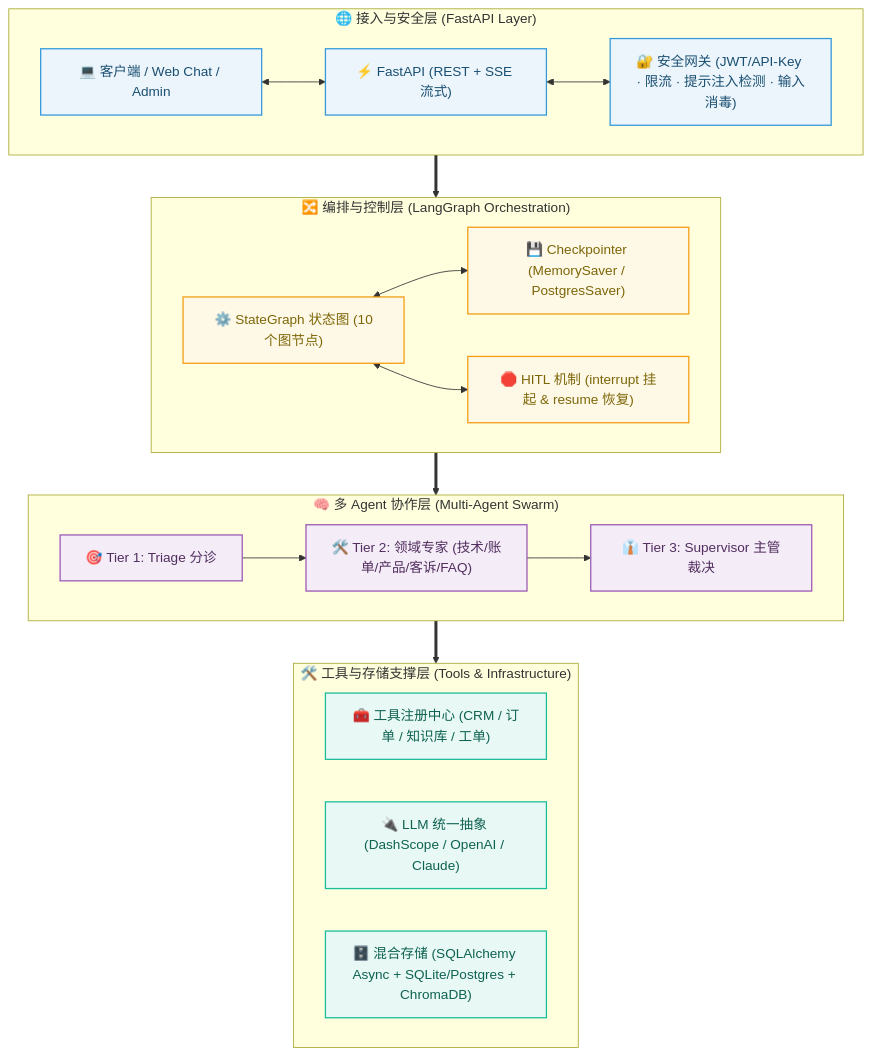
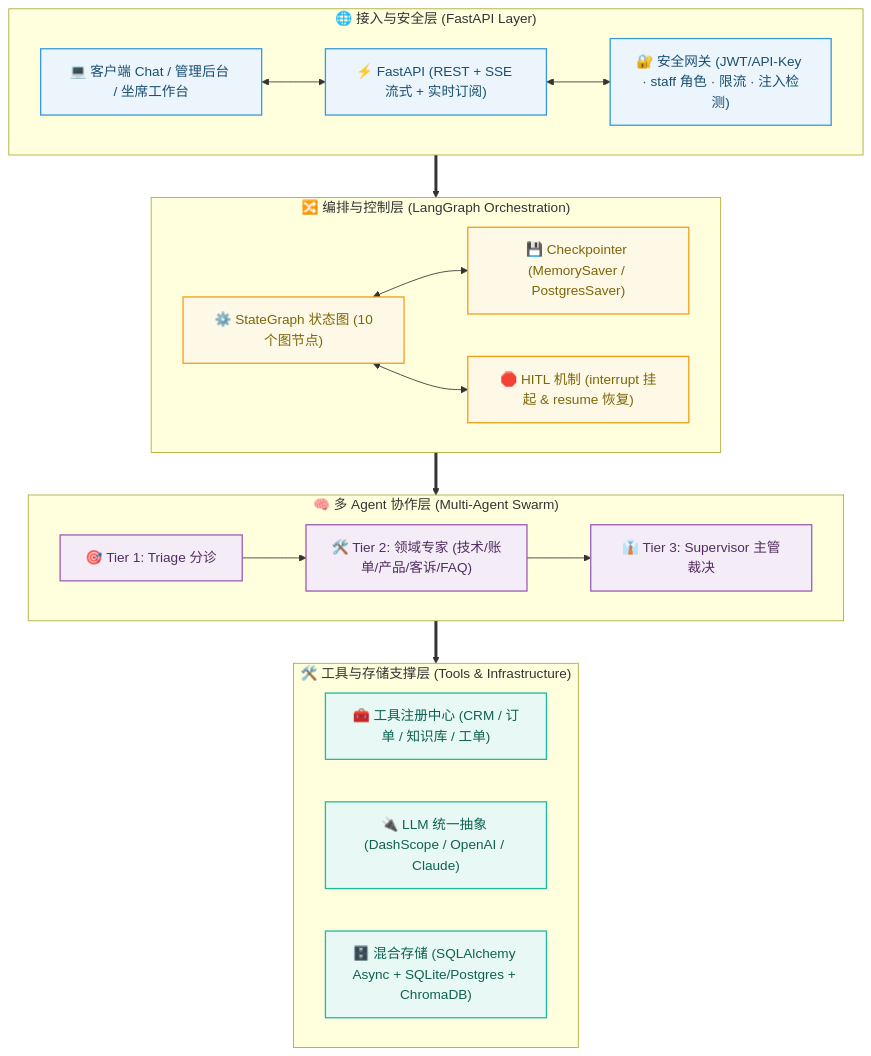
Before and after one commit to RUM900/customer-service: the first of 3 diagrams in README.md, drawn with Mermaid. The commit also changed other lines of this file, not shown here.

Commit message:
docs: update README for agent workbench, staff roles, 113 tests, phase features & prod config

````diff
--- a/README.md
+++ b/README.md
@@ -19,44 +22,44 @@
 ```mermaid
 graph TD
     %% 全局样式
     classDef c1 fill:#EBF5FB,stroke:#3498DB,stroke-width:1.5px,color:#1B4F72;
     classDef c2 fill:#FEF9E7,stroke:#F39C12,stroke-width:1.5px,color:#7D6608;
     classDef c3 fill:#F4ECF7,stroke:#9B59B6,stroke-width:1.5px,color:#512E5F;
     classDef c4 fill:#E8F8F5,stroke:#1ABC9C,stroke-width:1.5px,color:#0E6251;
 
     subgraph L1 ["🌐 接入与安全层 (FastAPI Layer)"]
         direction LR
-        U["💻 客户端 / Web Chat / Admin"]:::c1
-        GW["⚡ FastAPI (REST + SSE 流式)"]:::c1
-        SEC["🔐 安全网关 (JWT/API-Key · 限流 · 提示注入检测 · 输入消毒)"]:::c1
+        U["💻 客户端 Chat / 管理后台 / 坐席工作台"]:::c1
+        GW["⚡ FastAPI (REST + SSE 流式 + 实时订阅)"]:::c1
+        SEC["🔐 安全网关 (JWT/API-Key · staff 角色 · 限流 · 注入检测)"]:::c1
         U <--> GW <--> SEC
     end
 
     subgraph L2 ["🔀 编排与控制层 (LangGraph Orchestration)"]
         direction LR
         WF["⚙️ StateGraph 状态图 (10个图节点)"]:::c2
         CP["💾 Checkpointer (MemorySaver / PostgresSaver)"]:::c2
         HITL["🛑 HITL 机制 (interrupt 挂起 & resume 恢复)"]:::c2
         WF <--> CP
         WF <--> HITL
     end
 
     subgraph L3 ["🧠 多 Agent 协作层 (Multi-Agent Swarm)"]
         direction LR
         T1["🎯 Tier 1: Triage 分诊"]:::c3
         T2["🛠️ Tier 2: 领域专家 (技术/账单/产品/客诉/FAQ)"]:::c3
         T3["👔 Tier 3: Supervisor 主管裁决"]:::c3
         T1 --> T2 --> T3
     end
 
     subgraph L4 ["🛠️ 工具与存储支撑层 (Tools & Infrastructure)"]
         direction LR
         TR["🧰 工具注册中心 (CRM / 订单 / 知识库 / 工单)"]:::c4
         LLM["🔌 LLM 统一抽象 (DashScope / OpenAI / Claude)"]:::c4
         DB["🗄️ 混合存储 (SQLAlchemy Async + SQLite/Postgres + ChromaDB)"]:::c4
     end
 
     L1 ==> L2
     L2 ==> L3
     L3 ==> L4
 ```
````
